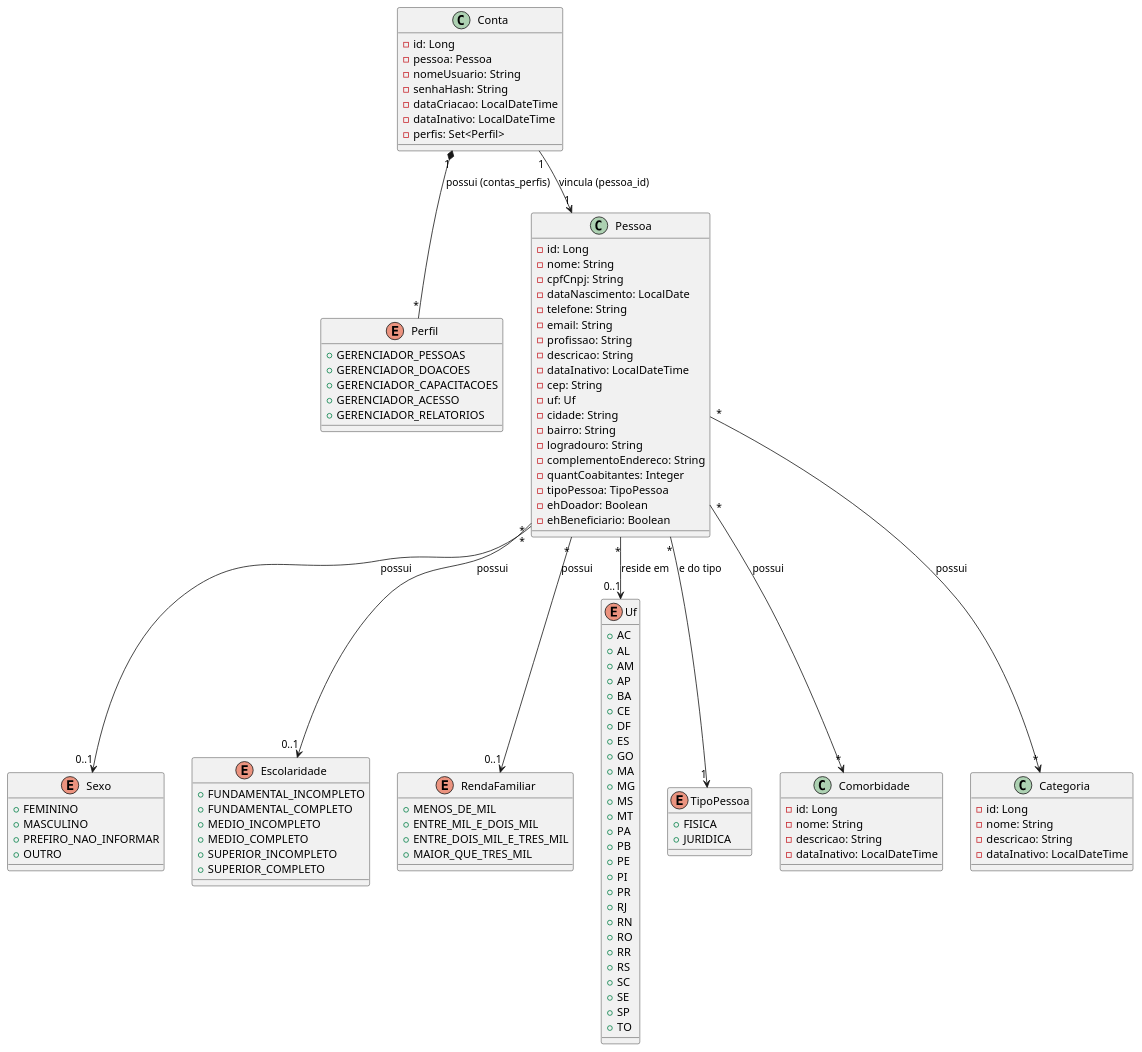
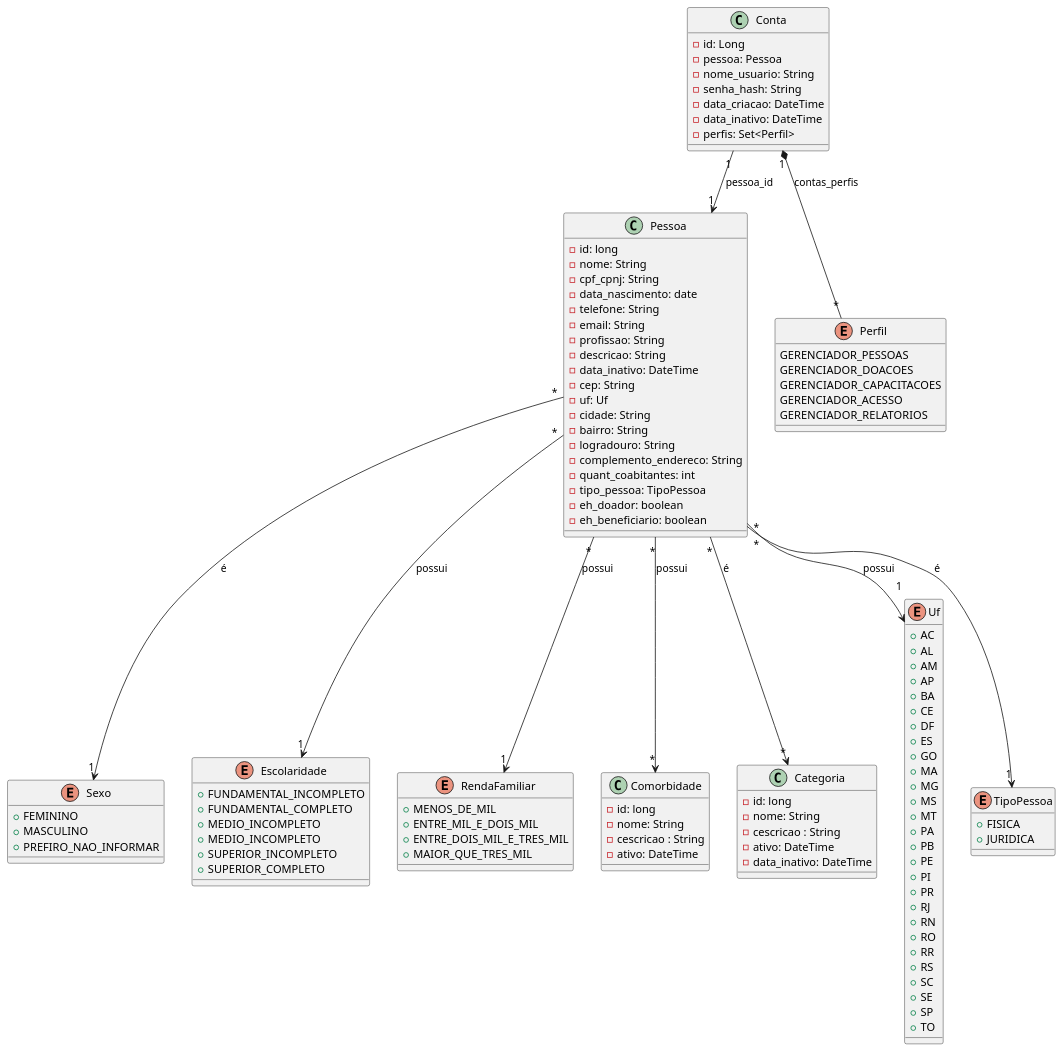
The diagram in docs/diagramas/diagramas-de-classe/codigo-diagrama-de-classe.puml (unitins-p2-asmosul/admin-asmosul), drawn with PlantUML before and after one commit. The commit also changed other lines of this file, not shown here.

Commit message:
Reestruturação do Diagrama para que não tenha alterações além do necessário

```diff
--- a/docs/diagramas/diagramas-de-classe/codigo-diagrama-de-classe.puml
+++ b/docs/diagramas/diagramas-de-classe/codigo-diagrama-de-classe.puml
@@ -4,128 +4,131 @@
 @startuml
 
 enum Sexo {
   + FEMININO
   + MASCULINO
   + PREFIRO_NAO_INFORMAR
-  + OUTRO
 }
 
 enum Escolaridade {
   + FUNDAMENTAL_INCOMPLETO
   + FUNDAMENTAL_COMPLETO
   + MEDIO_INCOMPLETO
-  + MEDIO_COMPLETO
+  + MEDIO_INCOMPLETO
   + SUPERIOR_INCOMPLETO
   + SUPERIOR_COMPLETO
 }
 
 enum RendaFamiliar {
   + MENOS_DE_MIL
   + ENTRE_MIL_E_DOIS_MIL
   + ENTRE_DOIS_MIL_E_TRES_MIL
   + MAIOR_QUE_TRES_MIL
 }
 
+class Comorbidade {
+  - id: long
+  - nome: String
+  - cescricao : String
+  - ativo: DateTime
+}
+
+class Categoria {
+  - id: long
+  - nome: String
+  - cescricao : String
+  - ativo: DateTime
+  - data_inativo: DateTime
+}
+
+class Pessoa {
+  - id: long
+  - nome: String
+  - cpf_cpnj: String
+  - data_nascimento: date
+  - telefone: String
+  - email: String
+  - profissao: String
+  - descricao: String
+  - data_inativo: DateTime
+  - cep: String
+  - uf: Uf
+  - cidade: String
+  - bairro: String
+  - logradouro: String
+  - complemento_endereco: String
+  - quant_coabitantes: int
+  - tipo_pessoa: TipoPessoa
+  - eh_doador: boolean
+  - eh_beneficiario: boolean
+}
+
 enum Uf {
-  + AC
-  + AL
-  + AM
-  + AP
-  + BA
-  + CE
-  + DF
-  + ES
-  + GO
-  + MA
-  + MG
-  + MS
-  + MT
-  + PA
-  + PB
-  + PE
-  + PI
-  + PR
-  + RJ
-  + RN
-  + RO
-  + RR
-  + RS
-  + SC
-  + SE
-  + SP
-  + TO
+  +AC
+  +AL
+  +AM
+  +AP
+  +BA
+  +CE
+  +DF
+  +ES
+  +GO
+  +MA
+  +MG
+  +MS
+  +MT
+  +PA
+  +PB
+  +PE
+  +PI
+  +PR
+  +RJ
+  +RN
+  +RO
+  +RR
+  +RS
+  +SC
+  +SE
+  +SP
+  +TO
 }
 
 enum TipoPessoa {
   + FISICA
   + JURIDICA
 }
 
-enum Perfil {
-  + GERENCIADOR_PESSOAS
-  + GERENCIADOR_DOACOES
-  + GERENCIADOR_CAPACITACOES
-  + GERENCIADOR_ACESSO
-  + GERENCIADOR_RELATORIOS
-}
-
-class Comorbidade {
-  - id: Long
-  - nome: String
-  - descricao: String
-  - dataInativo: LocalDateTime
-}
-
-class Categoria {
-  - id: Long
-  - nome: String
-  - descricao: String
-  - dataInativo: LocalDateTime
-}
-
-class Pessoa {
-  - id: Long
-  - nome: String
-  - cpfCnpj: String
-  - dataNascimento: LocalDate
-  - telefone: String
-  - email: String
-  - profissao: String
-  - descricao: String
-  - dataInativo: LocalDateTime
-  - cep: String
-  - uf: Uf
-  - cidade: String
-  - bairro: String
-  - logradouro: String
-  - complementoEndereco: String
-  - quantCoabitantes: Integer
-  - tipoPessoa: TipoPessoa
-  - ehDoador: Boolean
-  - ehBeneficiario: Boolean
-}
-
+' Adição de Acesso
 class Conta {
   - id: Long
   - pessoa: Pessoa
-  - nomeUsuario: String
-  - senhaHash: String
-  - dataCriacao: LocalDateTime
-  - dataInativo: LocalDateTime
+  - nome_usuario: String
+  - senha_hash: String
+  - data_criacao: DateTime
+  - data_inativo: DateTime
   - perfis: Set<Perfil>
 }
 
-' Relacionamentos - Módulo de Pessoas
-Pessoa "*" --> "0..1" Sexo : possui
-Pessoa "*" --> "0..1" Escolaridade : possui
-Pessoa "*" --> "0..1" RendaFamiliar : possui
-Pessoa "*" --> "*" Categoria : possui
+enum Perfil {
+  GERENCIADOR_PESSOAS
+  GERENCIADOR_DOACOES
+  GERENCIADOR_CAPACITACOES
+  GERENCIADOR_ACESSO
+  GERENCIADOR_RELATORIOS
+}
+
+' Relacionamentos - Pessoas
+Pessoa "*" --> "1" Sexo : é
+Pessoa "*" --> "1" Escolaridade : possui
+Pessoa "*" --> "1" RendaFamiliar : possui
+
+Pessoa "*" --> "*" Categoria : é
 Pessoa "*" --> "*" Comorbidade : possui
-Pessoa "*" --> "0..1" Uf : reside em
-Pessoa "*" --> "1" TipoPessoa : e do tipo
 
-' Relacionamentos - Módulo de Acesso
-Conta "1" --> "1" Pessoa : vincula (pessoa_id)
-Conta "1" *-- "*" Perfil : possui (contas_perfis)
+Pessoa "*" --> "1" Uf : possui
+Pessoa "*" --> "1" TipoPessoa : é
+
+' Relacionamentos - Acesso
+Conta "1" --> "1" Pessoa : pessoa_id
+Conta "1" *-- "*" Perfil : contas_perfis
 
 @enduml
```
